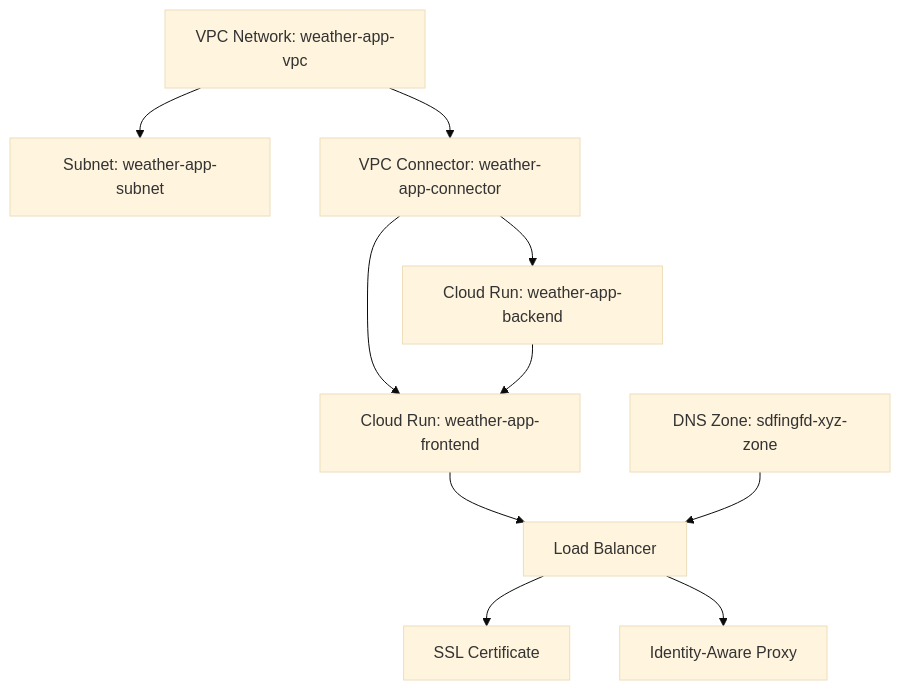
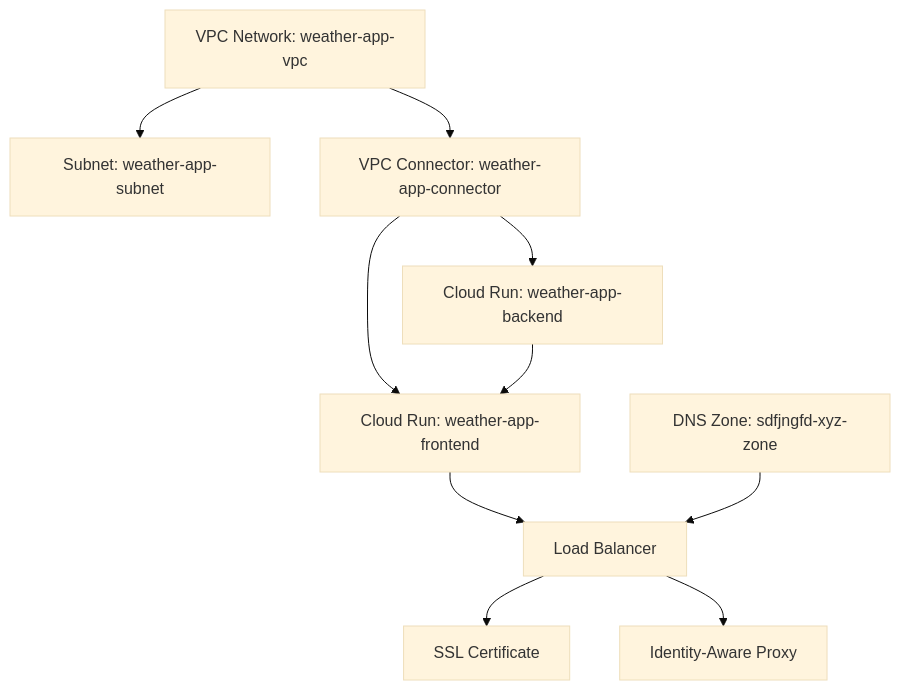
Before and after one commit to okeefe123/sample_streamlit_app: the diagram in terraform/architecture.md, drawn with Mermaid (base theme). The commit also changed 1 other file, not shown here.

Commit message:
Mistyped the domain name.

````diff
--- a/terraform/architecture.md
+++ b/terraform/architecture.md
@@ -4,22 +4,22 @@
 ```mermaid
 graph TB
     VPC[VPC Network: weather-app-vpc]
     SUBNET[Subnet: weather-app-subnet]
     CONNECTOR[VPC Connector: weather-app-connector]
     BACKEND[Cloud Run: weather-app-backend]
     FRONTEND[Cloud Run: weather-app-frontend]
     LB[Load Balancer]
-    DNS[DNS Zone: sdfingfd-xyz-zone]
+    DNS[DNS Zone: sdfjngfd-xyz-zone]
     CERT[SSL Certificate]
     IAP[Identity-Aware Proxy]
     
     VPC --> SUBNET
     VPC --> CONNECTOR
     CONNECTOR --> BACKEND
     CONNECTOR --> FRONTEND
     BACKEND --> FRONTEND
     FRONTEND --> LB
     LB --> CERT
     LB --> IAP
     DNS --> LB
 ``` 
````
